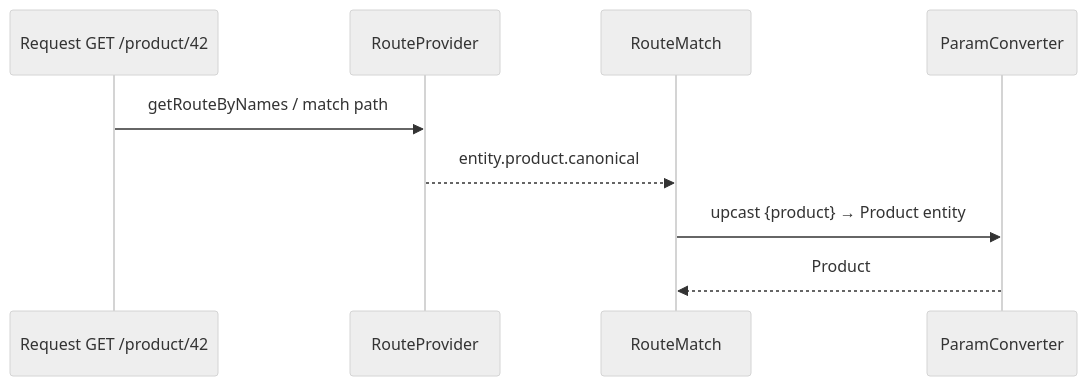
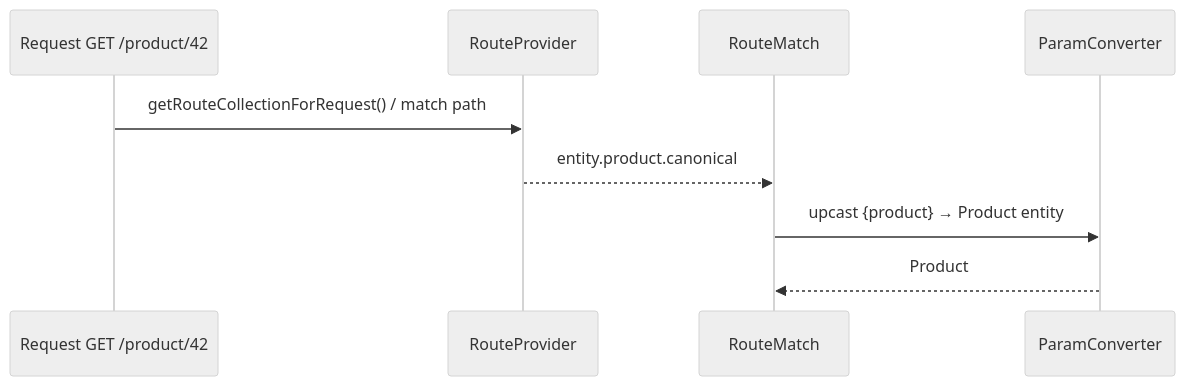
Before and after one commit to amitmaity/drupal-docs: the second of 2 diagrams in docs/internals/routing.md, drawn with Mermaid (neutral theme). The commit also changed other lines of this file and 83 other files, not shown here.

````diff
--- a/docs/internals/routing.md
+++ b/docs/internals/routing.md
@@ -265,12 +286,12 @@
 ```mermaid
 sequenceDiagram
     participant R as Request GET /product/42
     participant RP as RouteProvider
     participant RM as RouteMatch
     participant PC as ParamConverter
 
-    R->>RP: getRouteByNames / match path
+    R->>RP: getRouteCollectionForRequest() / match path
     RP-->>RM: entity.product.canonical
     RM->>PC: upcast {product} → Product entity
     PC-->>RM: Product #42
 ```
````
